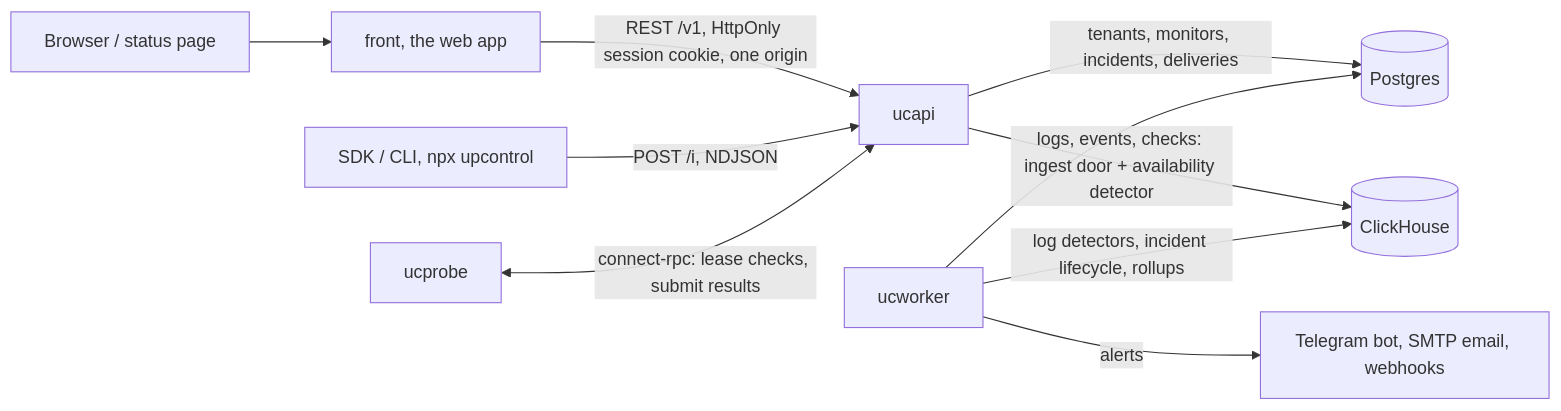
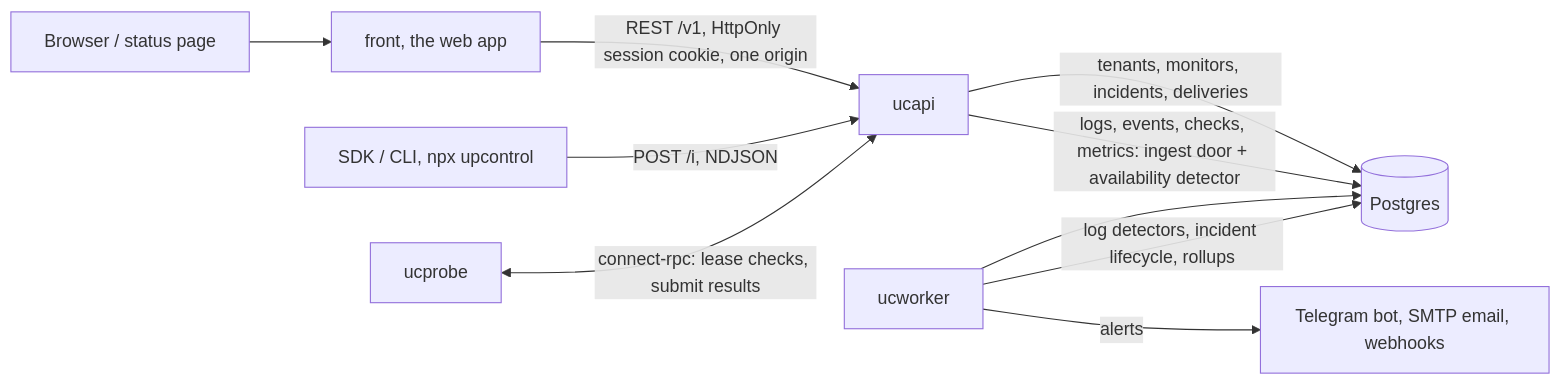
One commit to upcontrol-io/upcontrol changed the diagram in docs/architecture.md. Above: the diagram before and after it, drawn with Mermaid. The commit also changed other lines of this file and 69 other files, not shown here.

````diff
--- a/docs/architecture.md
+++ b/docs/architecture.md
@@ -12,12 +12,12 @@
 ```mermaid
 flowchart LR
     Browser["Browser / status page"] --> Front["front, the web app"]
     Front -->|"REST /v1, HttpOnly session cookie, one origin"| UCAPI["ucapi"]
     SDK["SDK / CLI, npx upcontrol"] -->|"POST /i, NDJSON"| UCAPI
     UCPROBE["ucprobe"] <-->|"connect-rpc: lease checks, submit results"| UCAPI
     UCAPI -->|"tenants, monitors, incidents, deliveries"| PG[("Postgres")]
-    UCAPI -->|"logs, events, checks: ingest door + availability detector"| CH[("ClickHouse")]
+    UCAPI -->|"logs, events, checks, metrics: ingest door + availability detector"| PG
     UCWORKER["ucworker"] --> PG
-    UCWORKER -->|"log detectors, incident lifecycle, rollups"| CH
+    UCWORKER -->|"log detectors, incident lifecycle, rollups"| PG
     UCWORKER -->|"alerts"| CHANNELS["Telegram bot, SMTP email, webhooks"]
 ```
````
